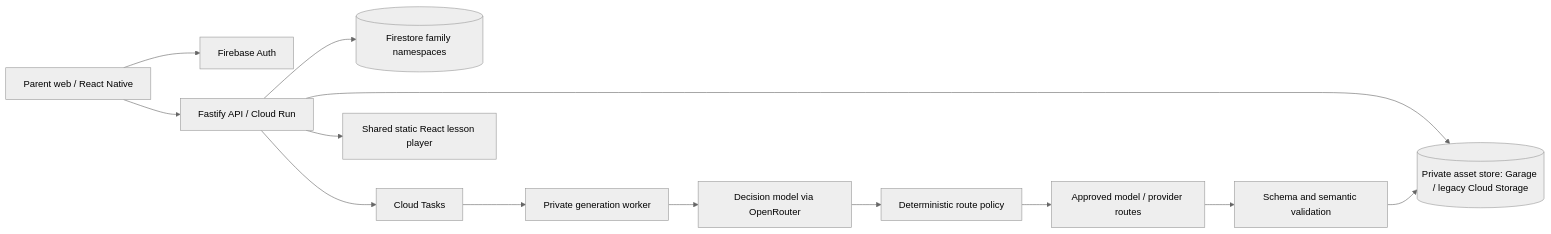
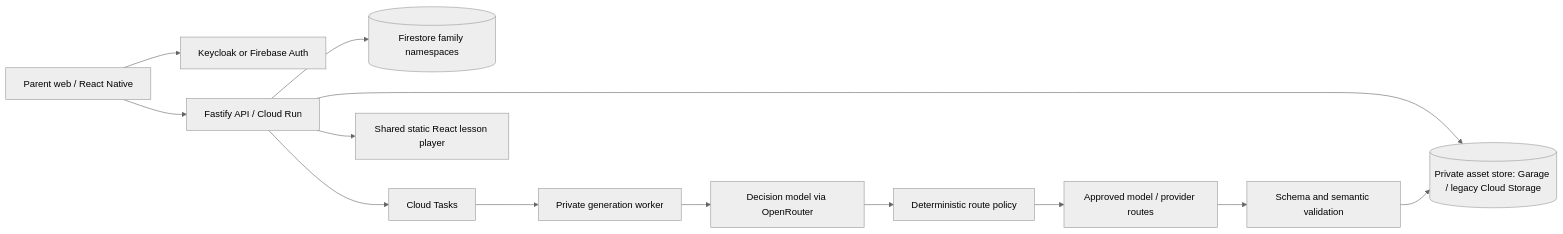
Before and after one commit to OmarMahmoud120/LessonBooks: the diagram in doc/architecture.md, drawn with Mermaid (neutral theme). The commit also changed other lines of this file and 8 other files, not shown here.

````diff
--- a/doc/architecture.md
+++ b/doc/architecture.md
@@ -5,15 +5,15 @@
 ```mermaid
 flowchart LR
-  Parent[Parent web / React Native] --> Auth[Firebase Auth]
+  Parent[Parent web / React Native] --> Auth[Keycloak or Firebase Auth]
   Parent --> API[Fastify API / Cloud Run]
   API --> DB[(Firestore family namespaces)]
   API --> Private[(Private asset store: Garage / legacy Cloud Storage)]
   API --> Queue[Cloud Tasks]
   Queue --> Worker[Private generation worker]
   Worker --> Decision[Decision model via OpenRouter]
   Decision --> Policy[Deterministic route policy]
   Policy --> Models[Approved model / provider routes]
   Models --> Validation[Schema and semantic validation]
   Validation --> Private
   API --> Player[Shared static React lesson player]
 ```
````
